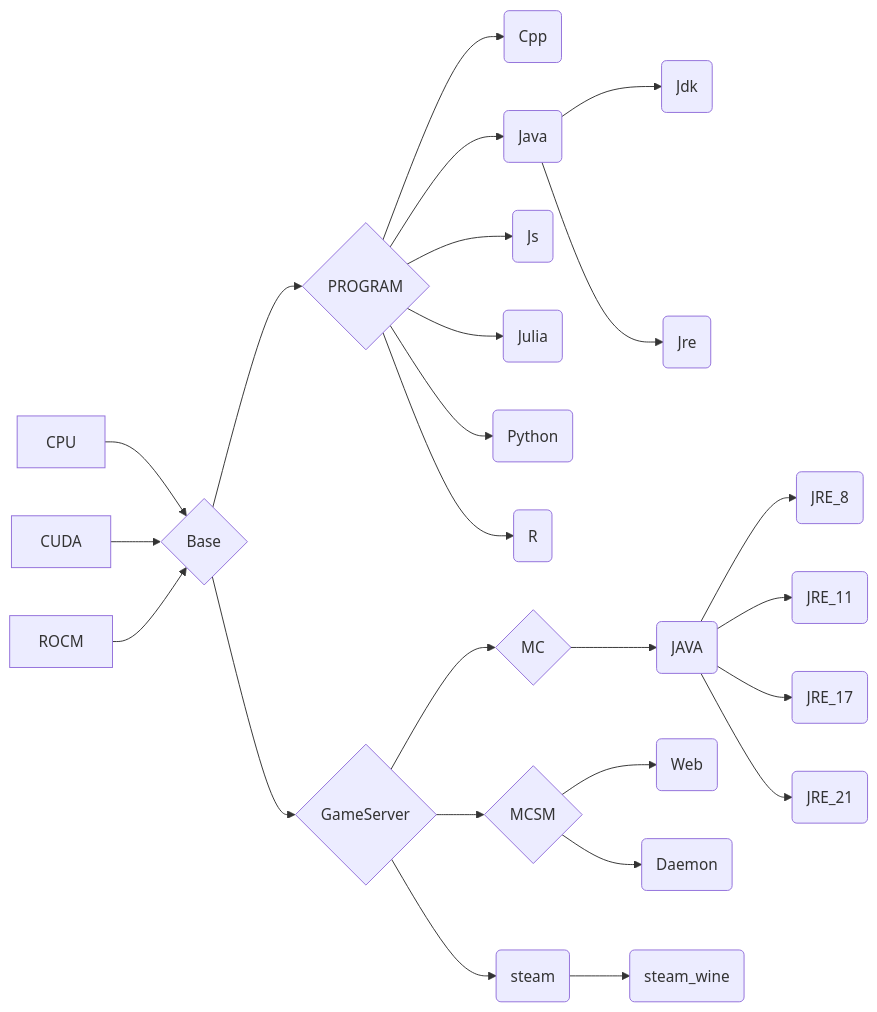
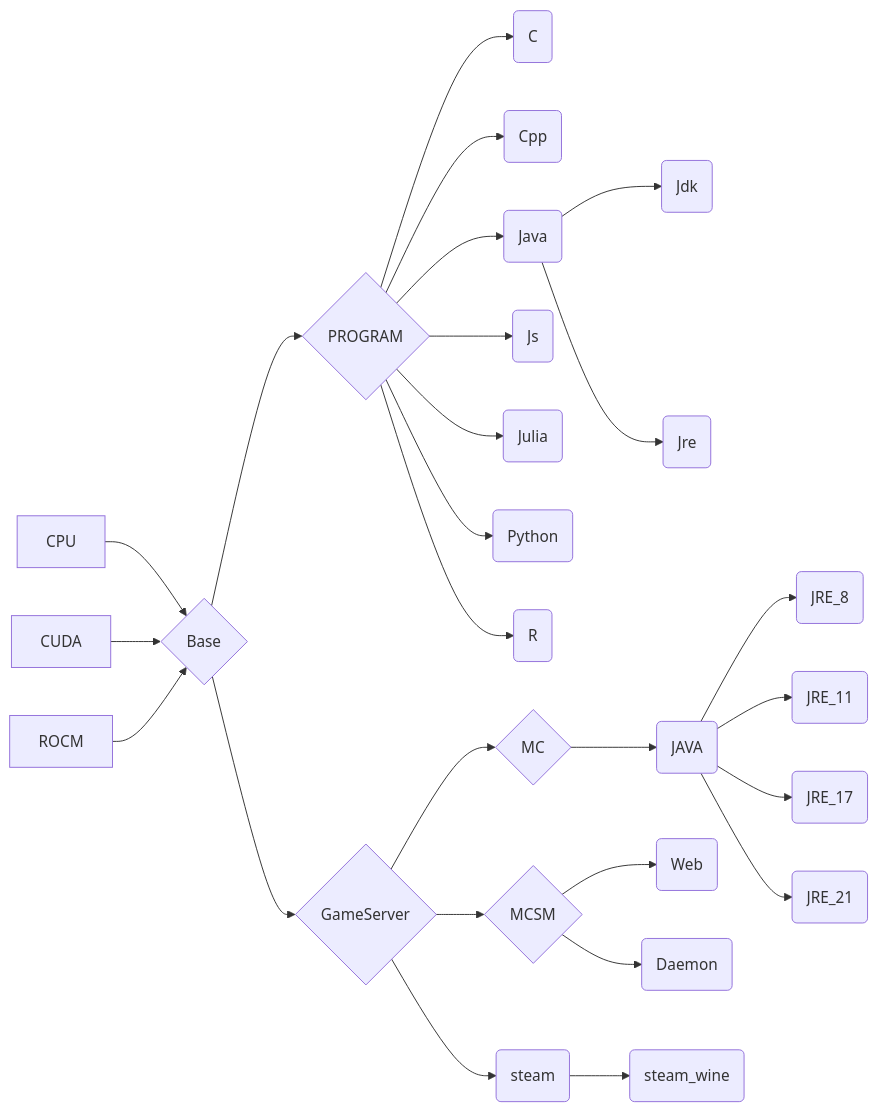
The diagram in README.md (eoeair/cenv), drawn with Mermaid before and after one commit. The commit also changed 14 other files, not shown here.

````diff
--- a/README.md
+++ b/README.md
@@ -31,28 +31,29 @@
 ```mermaid
 graph LR
 
 CPU-->B{Base}
 CUDA-->B
 ROCM-->B
 
 B-->P{PROGRAM}
-P-->PA(Cpp)
-P-->PB(Java)
-PB-->PBA(Jdk)
-PB-->PBB(Jre)
-P-->PC(Js)
-P-->PD(Julia)
-P-->PE(Python)
-P-->PF(R)
+P-->PA(C)
+P-->PB(Cpp)
+P-->PC(Java)
+PC-->PCA(Jdk)
+PC-->PCB(Jre)
+P-->PD(Js)
+P-->PE(Julia)
+P-->PF(Python)
+P-->PG(R)
 
 B-->G{GameServer}-->GA{MC}-->GAA(JAVA)
 GAA-->GAAA(JRE_8)
 GAA-->GAAB(JRE_11)
 GAA-->GAAC(JRE_17)
 GAA-->GAAD(JRE_21)
 
 G-->GB{MCSM}-->GBA(Web)
 GB-->GBB(Daemon)
 
 G-->GC(steam)-->GCA(steam_wine)
 ```
````
